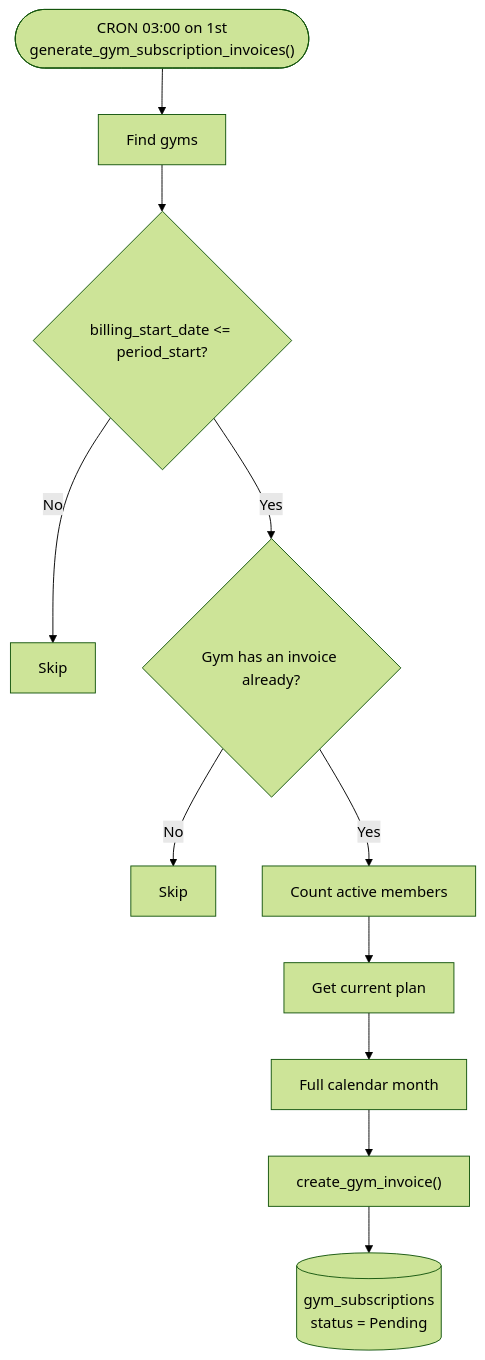
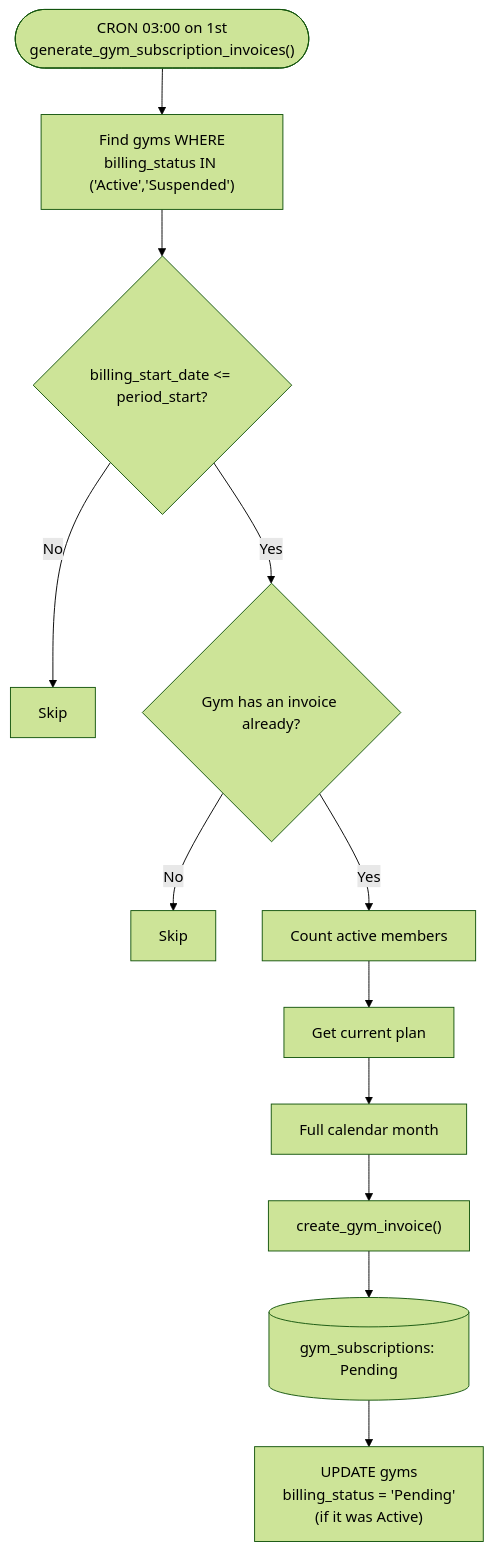
Before and after one commit to Sahil2720kumar/trackVim: the sixth of 23 diagrams in SaasBilling.md, drawn with Mermaid (forest theme). The commit also changed other lines of this file and 20 other files, not shown here.

````diff
--- a/SaasBilling.md
+++ b/SaasBilling.md
@@ -140,13 +237,14 @@
 ```mermaid
 flowchart TD
-    Start(["CRON 03:00 on 1st\ngenerate_gym_subscription_invoices()"]) --> F1[Find gyms]
+    Start(["CRON 03:00 on 1st\ngenerate_gym_subscription_invoices()"]) --> F1["Find gyms WHERE\nbilling_status IN ('Active','Suspended')"]
     F1 --> C1{billing_start_date <= period_start?}
     C1 -- No --> Skip1[Skip]
     C1 -- Yes --> C2{Gym has an invoice already?}
     C2 -- No --> Skip2[Skip]
     C2 -- Yes --> P1[Count active members]
     P1 --> P2[Get current plan]
     P2 --> P3[Full calendar month]
     P3 --> P4["create_gym_invoice()"]
-    P4 --> P5[(gym_subscriptions\nstatus = Pending)]
+    P4 --> P5[(gym_subscriptions: Pending)]
+    P5 --> P6["UPDATE gyms\nbilling_status = 'Pending'\n(if it was Active)"]
 ```
````
